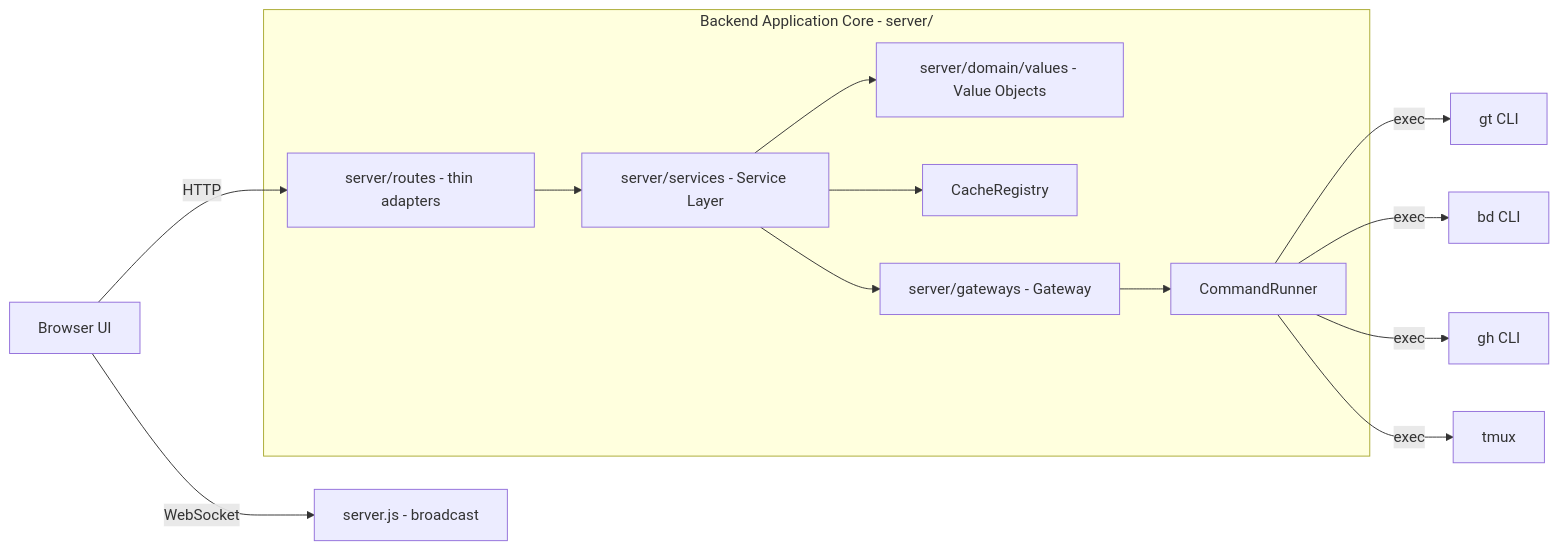
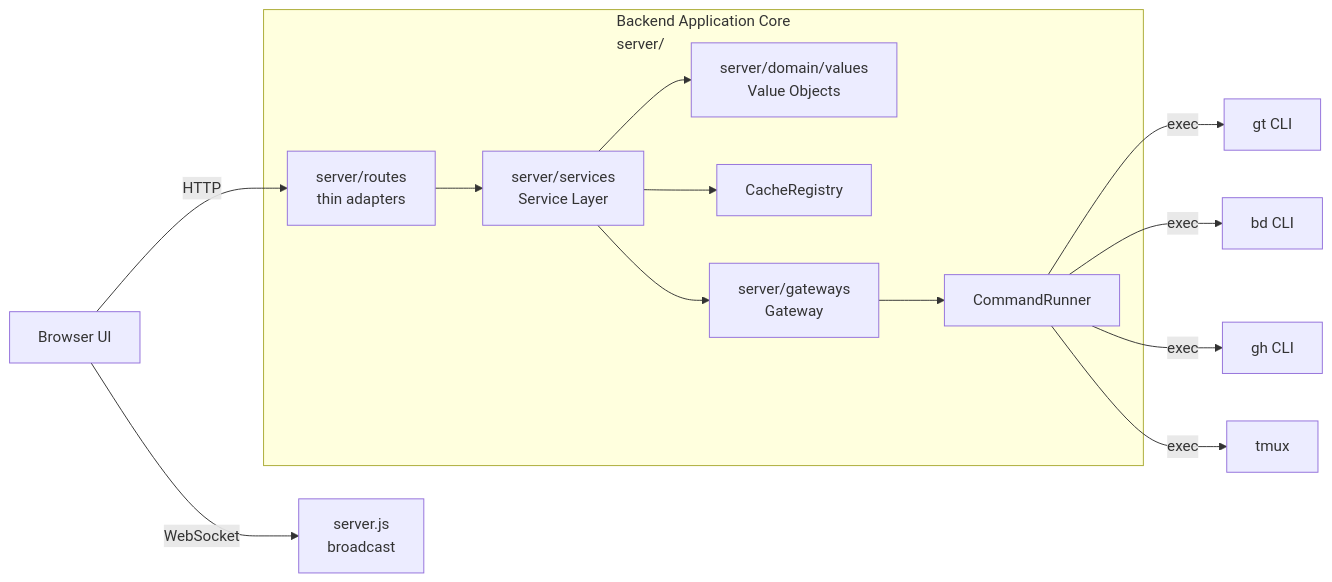
The second of 2 diagrams in refactoring-analysis/10-REFACTOR-SUMMARY.md (Soothemysoul/gastown-gui), drawn with Mermaid before and after one commit. The commit also changed other lines of this file and 1 other file, not shown here.

Commit message:
docs(refactor): refresh report, stats, and diagrams

````diff
--- a/refactoring-analysis/10-REFACTOR-SUMMARY.md
+++ b/refactoring-analysis/10-REFACTOR-SUMMARY.md
@@ -63,18 +63,18 @@
 ```mermaid
 flowchart LR
-  Browser[Browser UI] -->|HTTP| Routes[server/routes - thin adapters]
-  Browser -->|WebSocket| WS[server.js - broadcast]
+  Browser[Browser UI] -->|HTTP| Routes["server/routes<br/>thin adapters"]
+  Browser -->|WebSocket| WS["server.js<br/>broadcast"]
 
-  subgraph Core[Backend Application Core - server/]
-    Routes --> Services[server/services - Service Layer]
-    Services --> VOs[server/domain/values - Value Objects]
+  subgraph Core["Backend Application Core<br/>server/"]
+    Routes --> Services["server/services<br/>Service Layer"]
+    Services --> VOs["server/domain/values<br/>Value Objects"]
     Services --> CacheReg[CacheRegistry]
-    Services --> Gateways[server/gateways - Gateway]
+    Services --> Gateways["server/gateways<br/>Gateway"]
     Gateways --> Runner[CommandRunner]
   end
 
   Runner -->|exec| GT[gt CLI]
   Runner -->|exec| BD[bd CLI]
   Runner -->|exec| GH[gh CLI]
   Runner -->|exec| TM[tmux]
 ```
````
